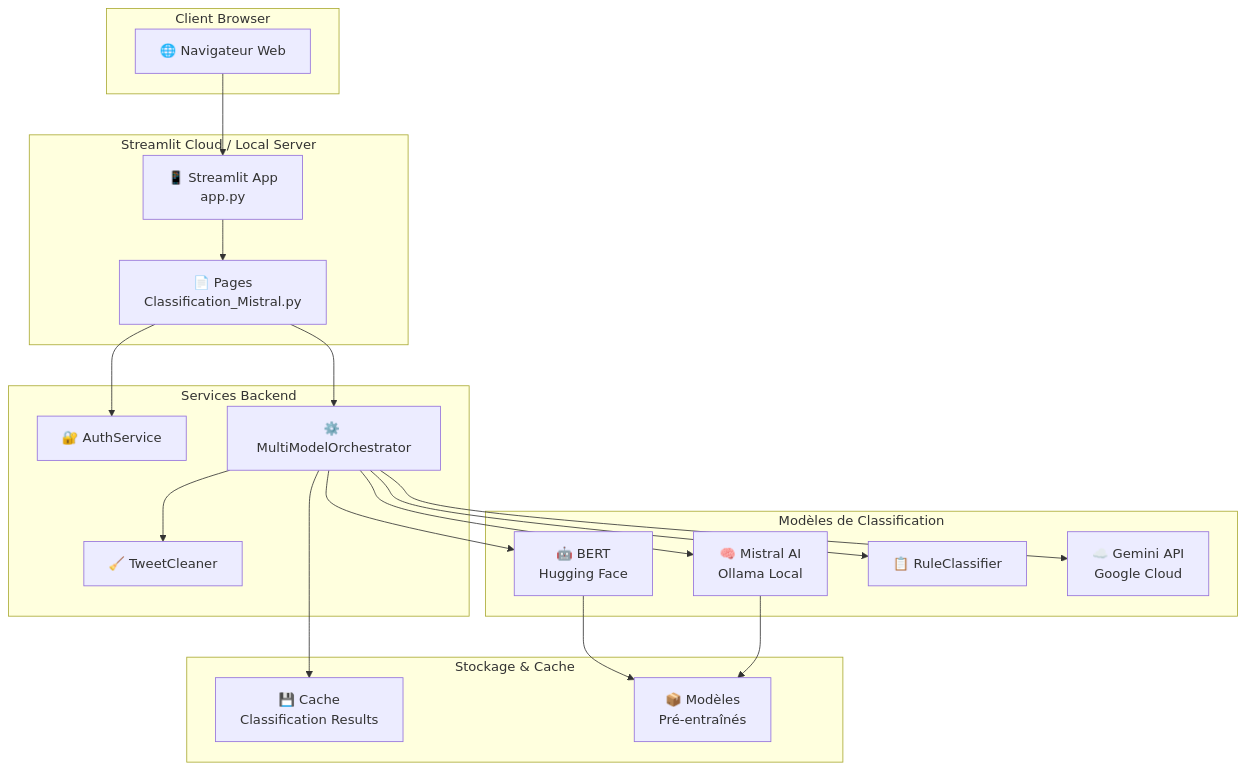
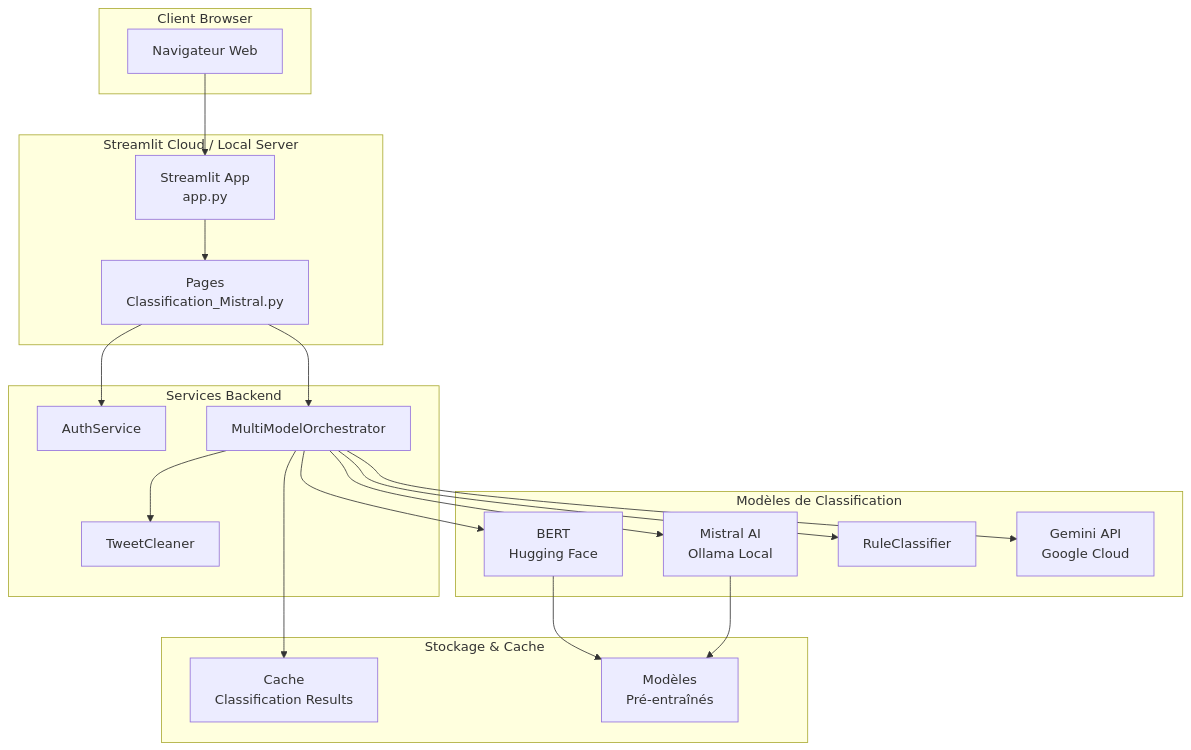
Before and after one commit to Archimedh-Anderson/FreeMobileApp: the third of 4 diagrams in README.md, drawn with Mermaid. The commit also changed other lines of this file, not shown here.

````diff
--- a/README.md
+++ b/README.md
@@ -280,42 +280,42 @@
 ```mermaid
 graph TB
     subgraph "Client Browser"
-        Browser[🌐 Navigateur Web]
+        Browser[Navigateur Web]
     end
     
     subgraph "Streamlit Cloud / Local Server"
-        Streamlit[📱 Streamlit App<br/>app.py]
-        Pages[📄 Pages<br/>Classification_Mistral.py]
+        Streamlit[Streamlit App<br/>app.py]
+        Pages[Pages<br/>Classification_Mistral.py]
     end
     
     subgraph "Services Backend"
-        Auth[🔐 AuthService]
-        Orchestrator[⚙️ MultiModelOrchestrator]
-        Cleaner[🧹 TweetCleaner]
+        Auth[AuthService]
+        Orchestrator[MultiModelOrchestrator]
+        Cleaner[TweetCleaner]
     end
     
     subgraph "Modèles de Classification"
-        BERT[🤖 BERT<br/>Hugging Face]
-        Mistral[🧠 Mistral AI<br/>Ollama Local]
-        Rules[📋 RuleClassifier]
-        Gemini[☁️ Gemini API<br/>Google Cloud]
+        BERT[BERT<br/>Hugging Face]
+        Mistral[Mistral AI<br/>Ollama Local]
+        Rules[RuleClassifier]
+        Gemini[Gemini API<br/>Google Cloud]
     end
     
     subgraph "Stockage & Cache"
-        Cache[💾 Cache<br/>Classification Results]
-        Models[📦 Modèles<br/>Pré-entraînés]
+        Cache[Cache<br/>Classification Results]
+        Models[Modèles<br/>Pré-entraînés]
     end
     
     Browser --> Streamlit
     Streamlit --> Pages
     Pages --> Auth
     Pages --> Orchestrator
     Orchestrator --> Cleaner
     Orchestrator --> BERT
     Orchestrator --> Mistral
     Orchestrator --> Rules
     Orchestrator --> Gemini
     BERT --> Models
     Mistral --> Models
     Orchestrator --> Cache
 ```
````
